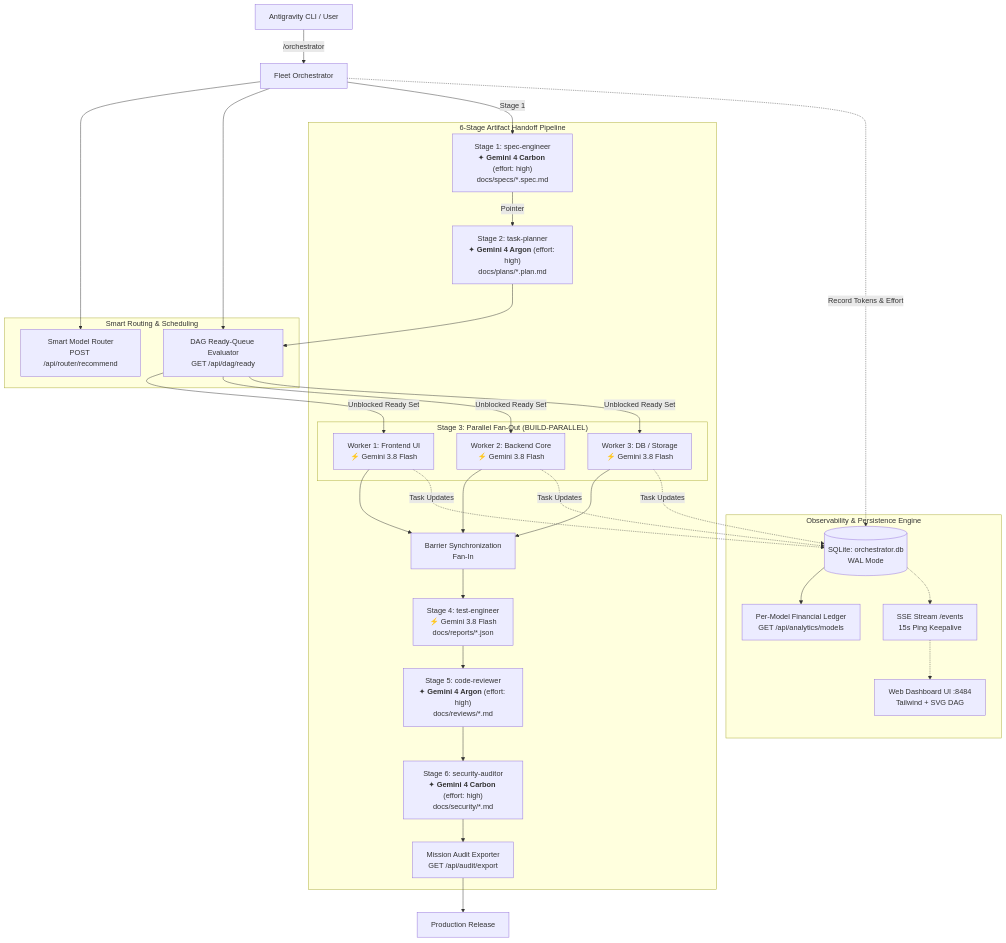
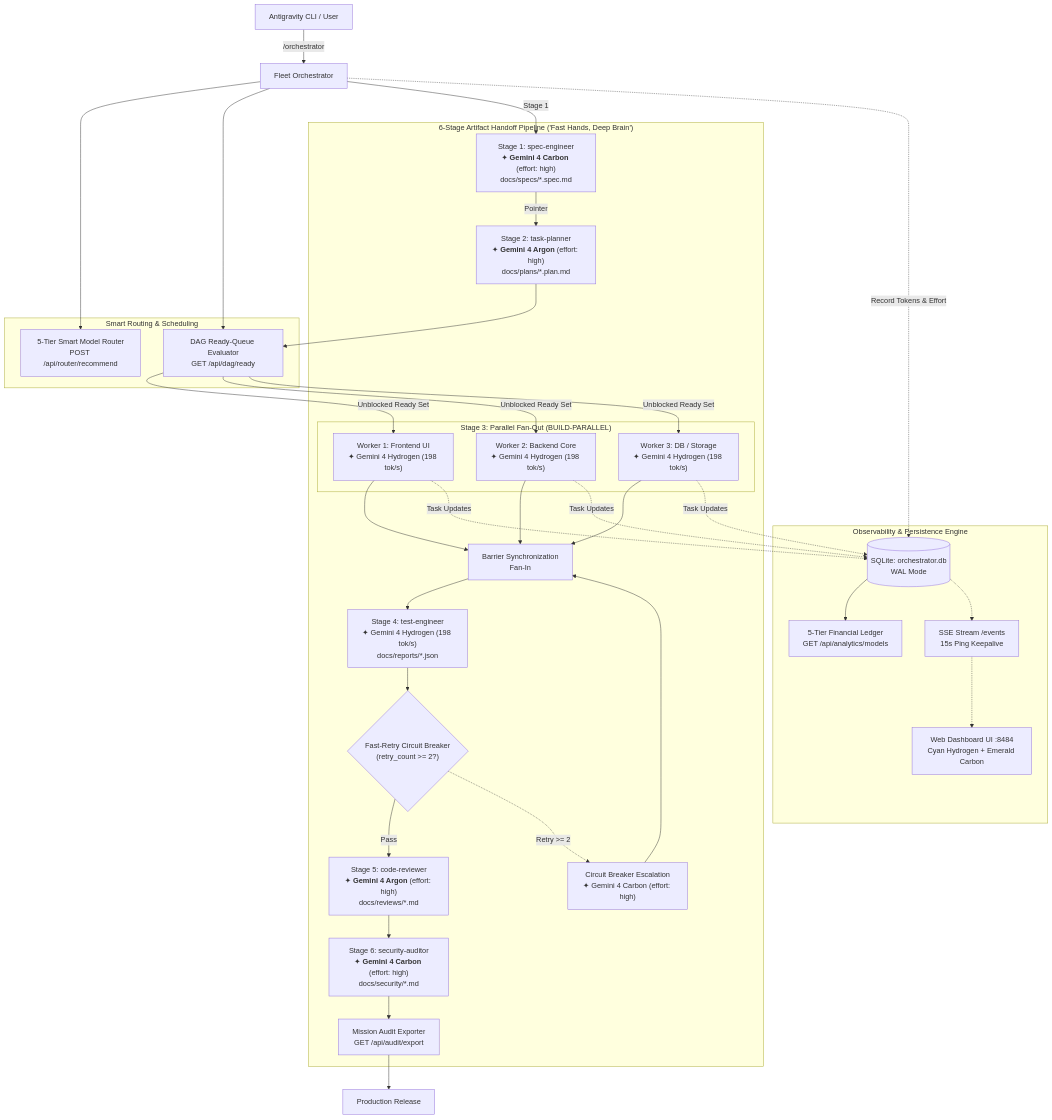
The diagram in docs/ARCHITECTURE.md (chien334/antigravity-orchestrator), drawn with Mermaid before and after one commit. The commit also changed other lines of this file and 2 other files, not shown here.

First line of the commit message:
docs: update architecture, workflow guide, and README for Gemini 4 Hydrogen integration

````diff
--- a/docs/ARCHITECTURE.md
+++ b/docs/ARCHITECTURE.md
@@ -7,52 +7,58 @@
 ```mermaid
 graph TD
     Client[Antigravity CLI / User] -->|/orchestrator| Orchestrator[Fleet Orchestrator]
     
     subgraph Routing["Smart Routing & Scheduling"]
-        Router[Smart Model Router\nPOST /api/router/recommend]
+        Router[5-Tier Smart Model Router\nPOST /api/router/recommend]
         ReadyQueue[DAG Ready-Queue Evaluator\nGET /api/dag/ready]
     end
     Orchestrator --> Router
     Orchestrator --> ReadyQueue
 
-    subgraph Pipeline["6-Stage Artifact Handoff Pipeline"]
+    subgraph Pipeline["6-Stage Artifact Handoff Pipeline ('Fast Hands, Deep Brain')"]
         Spec["Stage 1: spec-engineer<br/>✦ <strong>Gemini 4 Carbon</strong> (effort: high)<br/>docs/specs/*.spec.md"]
         Plan["Stage 2: task-planner<br/>✦ <strong>Gemini 4 Argon</strong> (effort: high)<br/>docs/plans/*.plan.md"]
         
         subgraph Stage3["Stage 3: Parallel Fan-Out (BUILD-PARALLEL)"]
-            FE["Worker 1: Frontend UI<br/>⚡ Gemini 3.8 Flash"]
-            BE["Worker 2: Backend Core<br/>⚡ Gemini 3.8 Flash"]
-            DB["Worker 3: DB / Storage<br/>⚡ Gemini 3.8 Flash"]
+            FE["Worker 1: Frontend UI<br/>✦ Gemini 4 Hydrogen (198 tok/s)"]
+            BE["Worker 2: Backend Core<br/>✦ Gemini 4 Hydrogen (198 tok/s)"]
+            DB["Worker 3: DB / Storage<br/>✦ Gemini 4 Hydrogen (198 tok/s)"]
         end
 
         Barrier[Barrier Synchronization\nFan-In]
-        Test["Stage 4: test-engineer<br/>⚡ Gemini 3.8 Flash<br/>docs/reports/*.json"]
+        Test["Stage 4: test-engineer<br/>✦ Gemini 4 Hydrogen (198 tok/s)<br/>docs/reports/*.json"]
+        CB{"Fast-Retry Circuit Breaker\n(retry_count >= 2?)"}
+        EscalateCarbon["Circuit Breaker Escalation<br/>✦ Gemini 4 Carbon (effort: high)"]
+
         Review["Stage 5: code-reviewer<br/>✦ <strong>Gemini 4 Argon</strong> (effort: high)<br/>docs/reviews/*.md"]
         Sec["Stage 6: security-auditor<br/>✦ <strong>Gemini 4 Carbon</strong> (effort: high)<br/>docs/security/*.md"]
         Audit["Mission Audit Exporter<br/>GET /api/audit/export"]
     end
 
     Orchestrator -->|Stage 1| Spec
     Spec -->|Pointer| Plan
     Plan --> ReadyQueue
     ReadyQueue -->|Unblocked Ready Set| FE & BE & DB
     FE & BE & DB --> Barrier
     Barrier --> Test
-    Test --> Review
+    Test --> CB
+    CB -->|Pass| Review
+    CB -.->|Retry >= 2| EscalateCarbon
+    EscalateCarbon --> Barrier
     Review --> Sec
     Sec --> Audit
     Audit --> Release[Production Release]
 
     subgraph Telemetry["Observability & Persistence Engine"]
         DB_Engine[(SQLite: orchestrator.db\nWAL Mode)]
-        Analytics[Per-Model Financial Ledger\nGET /api/analytics/models]
+        Analytics[5-Tier Financial Ledger\nGET /api/analytics/models]
         SSE[SSE Stream /events\n15s Ping Keepalive]
-        Dashboard[Web Dashboard UI :8484\nTailwind + SVG DAG]
+        Dashboard[Web Dashboard UI :8484\nCyan Hydrogen + Emerald Carbon]
     end
 
     Orchestrator -.->|Record Tokens & Effort| DB_Engine
     FE & BE & DB -.->|Task Updates| DB_Engine
     DB_Engine --> Analytics
     DB_Engine -.-> SSE
     SSE -.-> Dashboard
 ```
````
